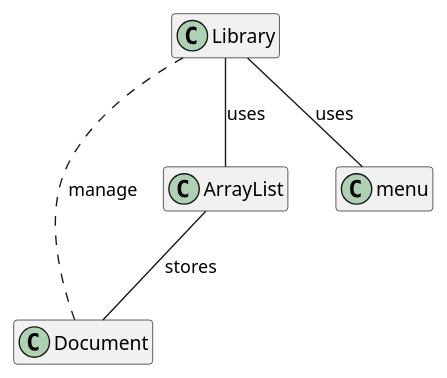
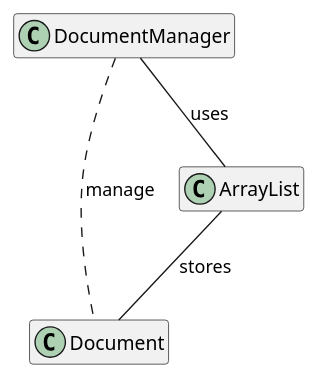
Before and after one commit to mmasias/23-24-eda2: the diagram in entregas/quiñonezJorge/ClassDiagram.puml, drawn with PlantUML. The commit also changed 3 other files, not shown here.

```diff
--- a/entregas/quiñonezJorge/ClassDiagram.puml
+++ b/entregas/quiñonezJorge/ClassDiagram.puml
@@ -1,19 +1,16 @@
 @startuml class diagram
 
 hide empty methods
 hide empty attributes
 
-class Library{}
+class DocumentManager{}
 
 class Document{}
 
 class ArrayList{}
 
-class menu{}
-
-Library -- menu : uses
-Library -- ArrayList : uses
+DocumentManager -- ArrayList : uses
 ArrayList -- Document : stores
-Library .. Document : manage 
+DocumentManager .. Document : manage 
 
 @enduml
```
